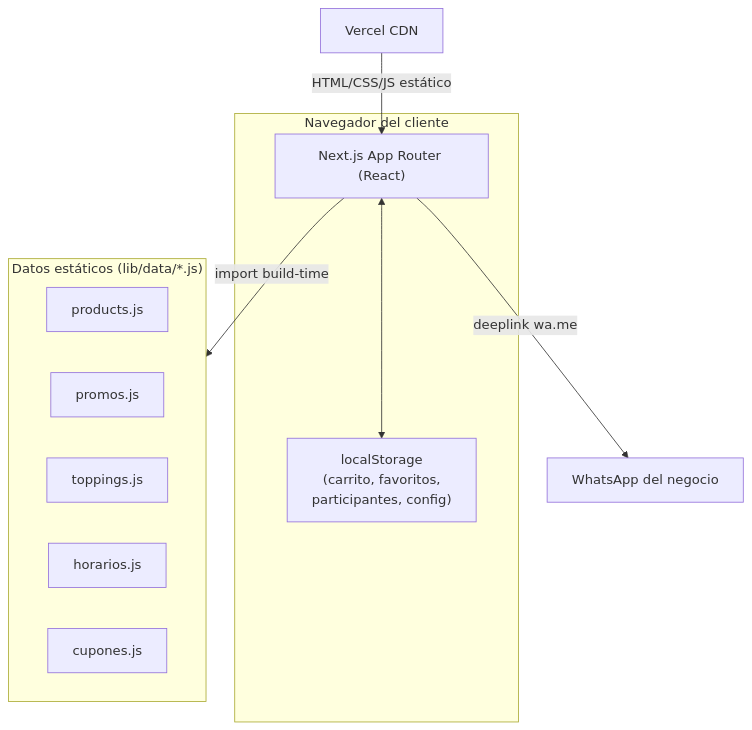
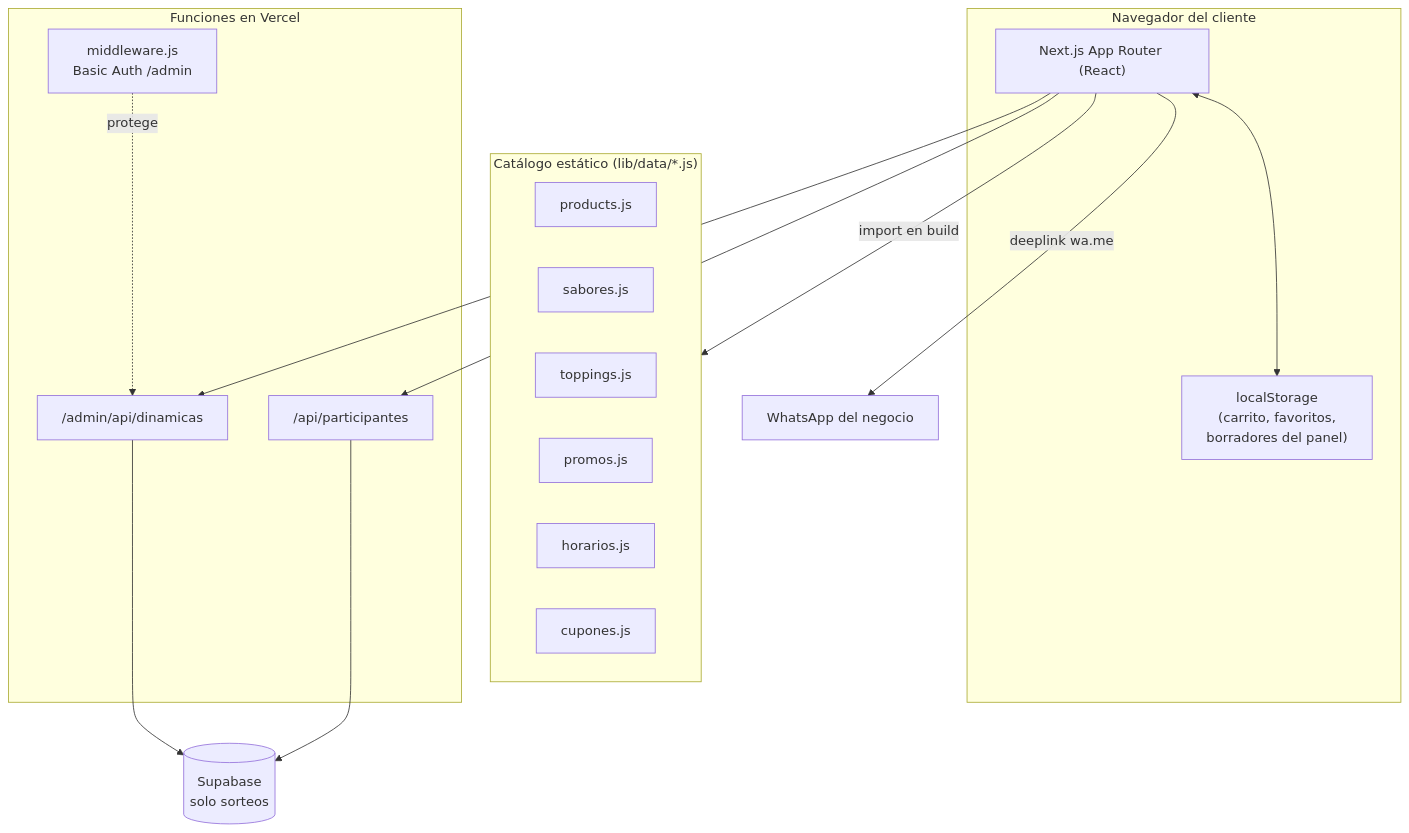
The first of 3 diagrams in ARCHITECTURE.md (ldmh93/toppifresa), drawn with Mermaid before and after one commit. The commit also changed other lines of this file and 6 other files, not shown here.

````diff
--- a/ARCHITECTURE.md
+++ b/ARCHITECTURE.md
@@ -79,20 +131,31 @@
 ```mermaid
 graph TD
     subgraph Cliente["Navegador del cliente"]
         UI["Next.js App Router (React)"]
-        LS["localStorage<br/>(carrito, favoritos,<br/>participantes, config)"]
+        LS["localStorage<br/>(carrito, favoritos,<br/>borradores del panel)"]
         UI <--> LS
     end
 
-    subgraph Datos["Datos estáticos (lib/data/*.js)"]
+    subgraph Datos["Catálogo estático (lib/data/*.js)"]
         P["products.js"]
+        S["sabores.js"]
+        T["toppings.js"]
         PR["promos.js"]
-        T["toppings.js"]
         H["horarios.js"]
         C["cupones.js"]
     end
 
-    UI -->|import build-time| Datos
+    subgraph Servidor["Funciones en Vercel"]
+        MW["middleware.js<br/>Basic Auth /admin"]
+        API1["/api/participantes"]
+        API2["/admin/api/dinamicas"]
+    end
+
+    SB[("Supabase<br/>solo sorteos")]
+
+    UI -->|import en build| Datos
+    UI --> API1 --> SB
+    UI --> API2 --> SB
+    MW -.protege.-> API2
     UI -->|"deeplink wa.me"| WA["WhatsApp del negocio"]
-    Vercel["Vercel CDN"] -->|"HTML/CSS/JS estático"| UI
 ```
````
